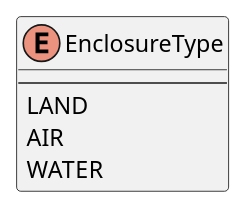
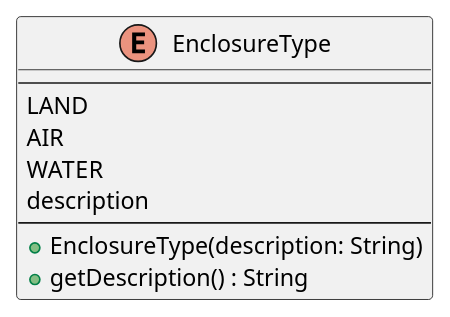
Before and after one commit to mittey68/dhbw_java_101: the diagram in readme/UML/v2/EnclosureType.puml, drawn with PlantUML. The commit also changed 1 other file, not shown here.

Commit message:
UML overhaul

```diff
--- a/readme/UML/v2/EnclosureType.puml
+++ b/readme/UML/v2/EnclosureType.puml
@@ -1,9 +1,13 @@
 @startuml EnclosureType
 enum EnclosureType {
     ----
     LAND
     AIR
     WATER
+    description
+    ----
+    +EnclosureType(description: String)
+    +getDescription() : String
 }
 
 @enduml
```
